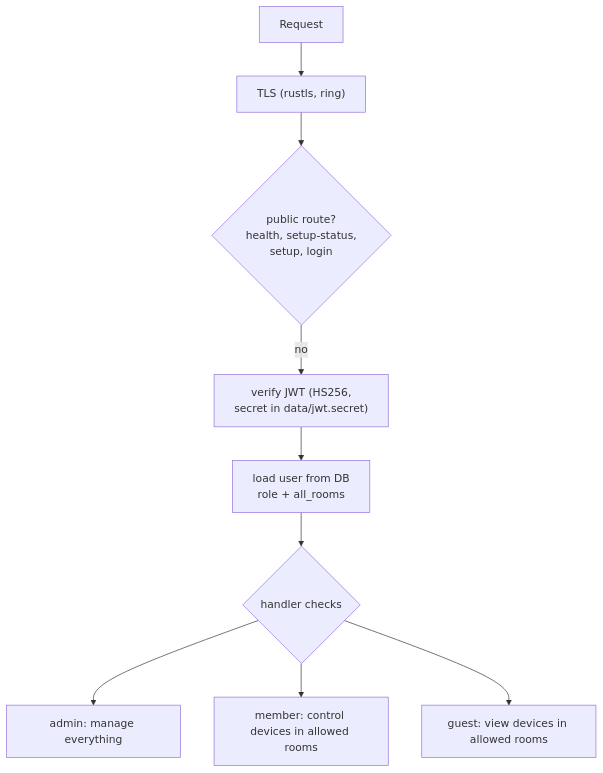
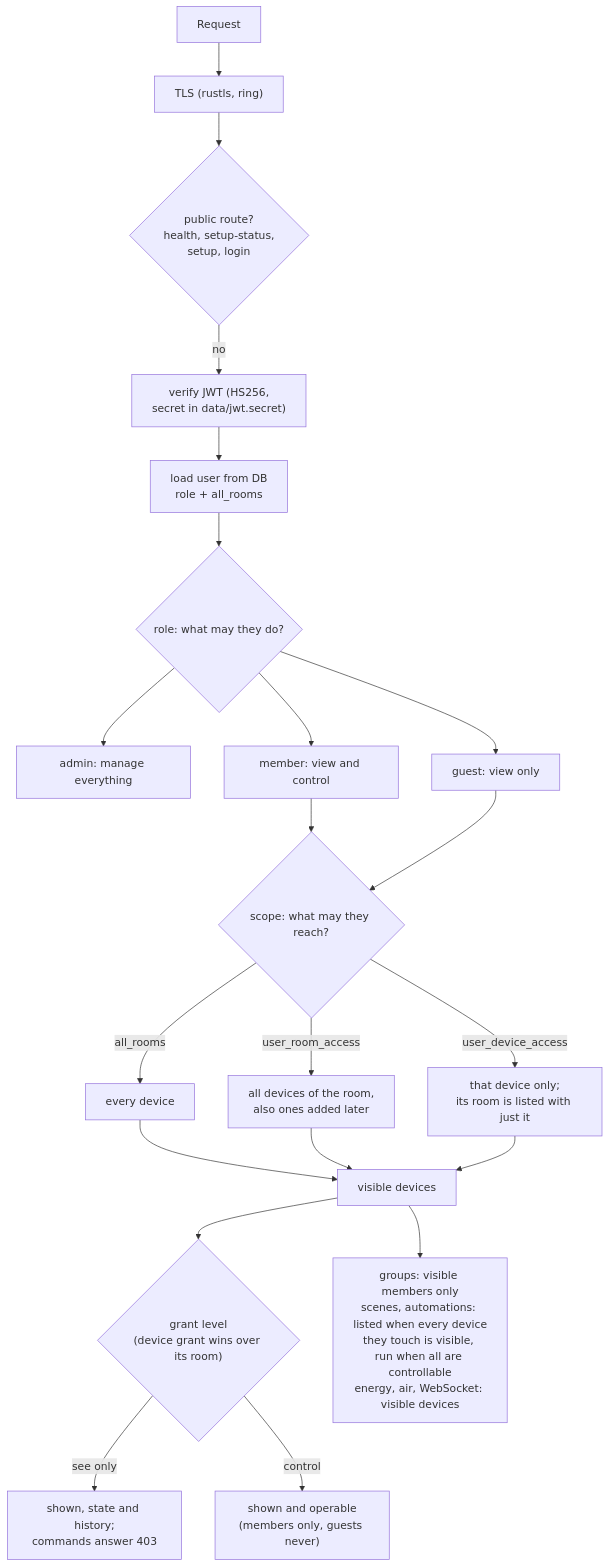
The eighth of 10 diagrams in development/docs/ARCHITECTURE.md (aiyu-ayaan/Domus), drawn with Mermaid before and after one commit. The commit also changed other lines of this file and 25 other files, not shown here.

First line of the commit message:
feat(Access) : Add per-device grants with see-only or control levels

````diff
--- a/development/docs/ARCHITECTURE.md
+++ b/development/docs/ARCHITECTURE.md
@@ -296,11 +296,23 @@
 ```mermaid
 flowchart TB
     Req["Request"] --> HTTPS["TLS (rustls, ring)"]
     HTTPS --> Pub{"public route?<br/>health, setup-status,<br/>setup, login"}
     Pub -- no --> JWT["verify JWT (HS256,<br/>secret in data/jwt.secret)"]
     JWT --> Load["load user from DB<br/>role + all_rooms"]
-    Load --> Role{"handler checks"}
+    Load --> Role{"role: what may they do?"}
     Role --> Admin["admin: manage everything"]
-    Role --> Member["member: control devices in allowed rooms"]
-    Role --> Guest["guest: view devices in allowed rooms"]
+    Role --> Member["member: view and control"]
+    Role --> Guest["guest: view only"]
+    Member --> Scope{"scope: what may they reach?"}
+    Guest --> Scope
+    Scope -- "all_rooms" --> Home["every device"]
+    Scope -- "user_room_access" --> RoomG["all devices of the room,<br/>also ones added later"]
+    Scope -- "user_device_access" --> DevG["that device only;<br/>its room is listed with just it"]
+    Home --> Vis["visible devices"]
+    RoomG --> Vis
+    DevG --> Vis
+    Vis --> Level{"grant level<br/>(device grant wins over its room)"}
+    Level -- "see only" --> See["shown, state and history;<br/>commands answer 403"]
+    Level -- "control" --> Ctl["shown and operable<br/>(members only, guests never)"]
+    Vis --> Derived["groups: visible members only<br/>scenes, automations: listed when every device<br/>they touch is visible, run when all are controllable<br/>energy, air, WebSocket: visible devices"]
 ```
````
